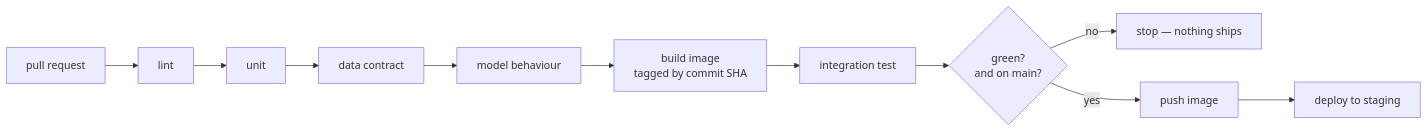
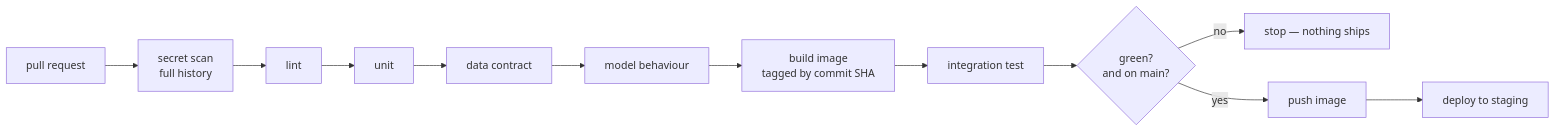
One commit to Yongyot-Boss/ITCS355-6688230 changed the first of 2 diagrams in course/labs/lab-04-cicd-monitoring-drift.md. Above: the diagram before and after it, drawn with Mermaid. The commit also changed other lines of this file and 14 other files, not shown here.

````diff
--- a/course/labs/lab-04-cicd-monitoring-drift.md
+++ b/course/labs/lab-04-cicd-monitoring-drift.md
@@ -57,8 +57,9 @@
 ```mermaid
 flowchart LR
-    PR["pull request"] --> L["lint"] --> U["unit"] --> DC["data contract"] --> MB["model behaviour"]
+    PR["pull request"] --> SS["secret scan<br>full history"] --> L["lint"] --> U["unit"]
+    U --> DC["data contract"] --> MB["model behaviour"]
     MB --> B["build image<br>tagged by commit SHA"] --> IT["integration test"]
     IT --> G{"green?<br>and on main?"}
     G -->|no| STOP["stop — nothing ships"]
     G -->|yes| PUSH["push image"] --> DEP["deploy to staging"]
 ```
````
